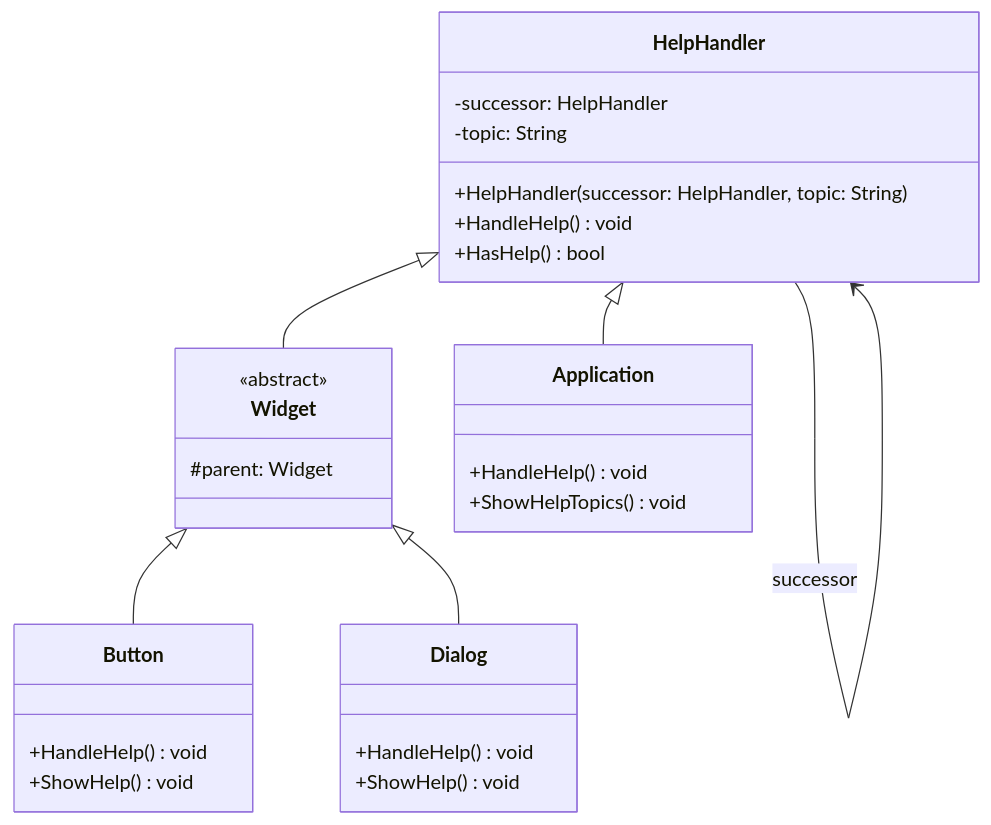
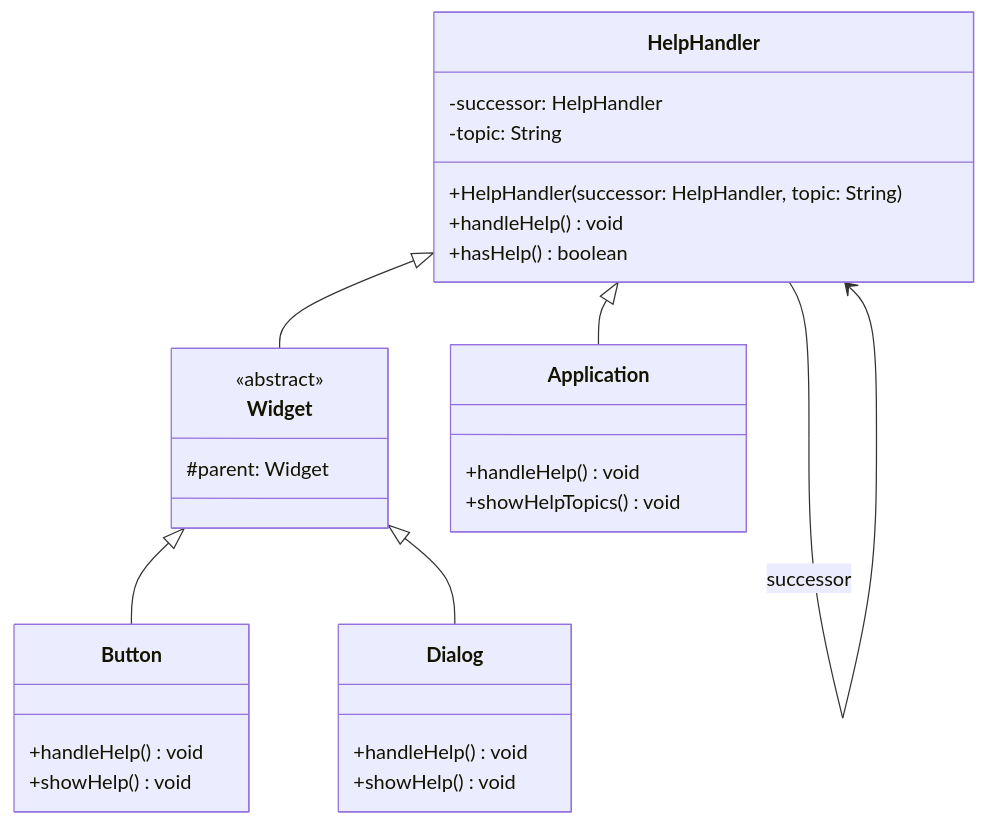
Before and after one commit to TJ-Paul/CSE213-SWE-TF: the third of 7 diagrams in 03 TF Solves/TF 2023-24 (Feb 2025 paper).md, drawn with Mermaid. The commit also changed other lines of this file and 18 other files, not shown here.

````diff
--- a/03 TF Solves/TF 2023-24 (Feb 2025 paper).md
+++ b/03 TF Solves/TF 2023-24 (Feb 2025 paper).md
@@ -236,31 +238,31 @@
 ```mermaid
 classDiagram
     class HelpHandler {
         -successor: HelpHandler
         -topic: String
         +HelpHandler(successor: HelpHandler, topic: String)
-        +HandleHelp() void
-        +HasHelp() bool
+        +handleHelp() void
+        +hasHelp() boolean
     }
     class Widget {
         <<abstract>>
         #parent: Widget
     }
     class Button {
-        +HandleHelp() void
-        +ShowHelp() void
+        +handleHelp() void
+        +showHelp() void
     }
     class Dialog {
-        +HandleHelp() void
-        +ShowHelp() void
+        +handleHelp() void
+        +showHelp() void
     }
     class Application {
-        +HandleHelp() void
-        +ShowHelpTopics() void
+        +handleHelp() void
+        +showHelpTopics() void
     }
     HelpHandler <|-- Widget
     HelpHandler <|-- Application
     Widget <|-- Button
     Widget <|-- Dialog
     HelpHandler --> HelpHandler : successor
 ```
````
